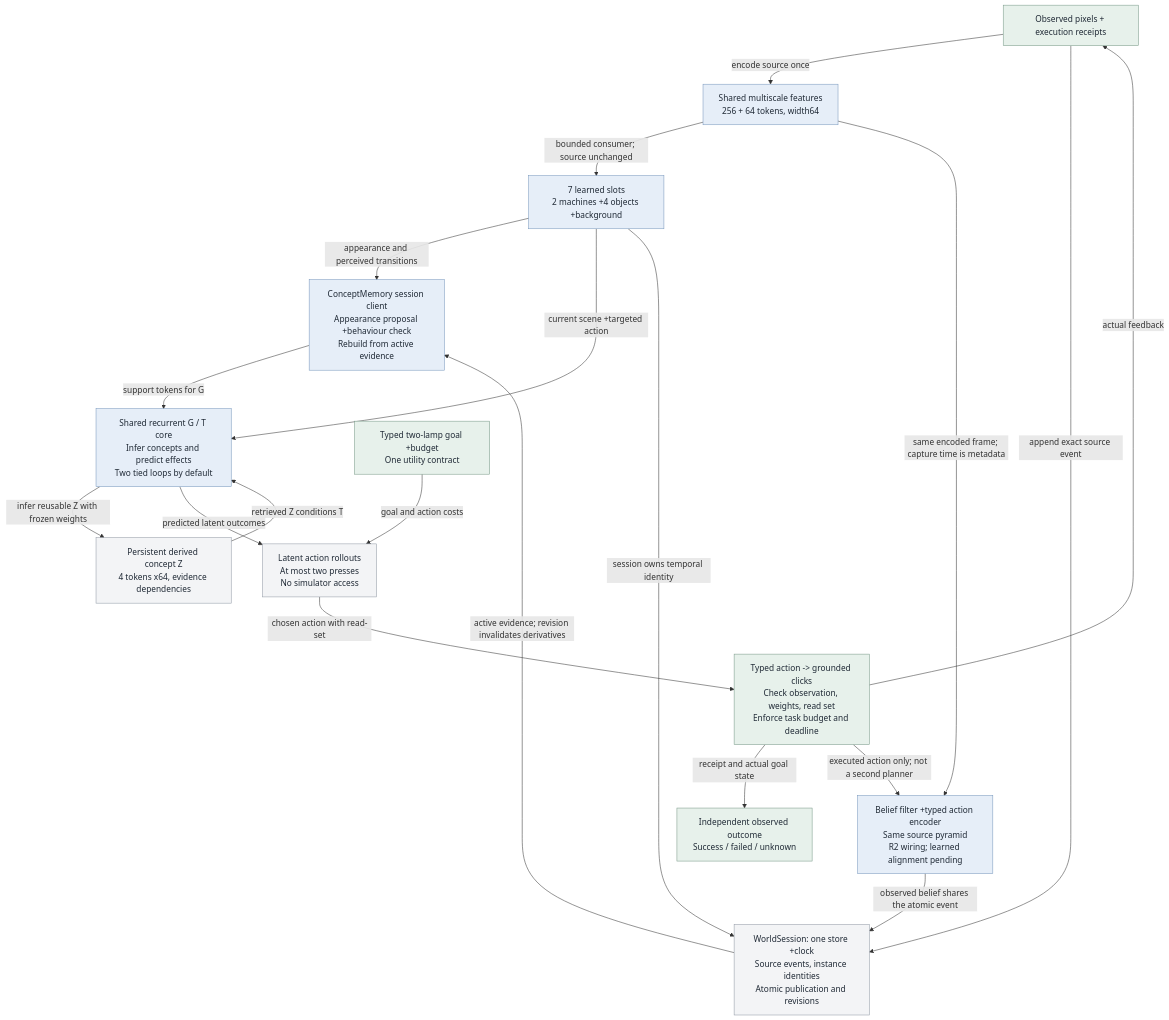
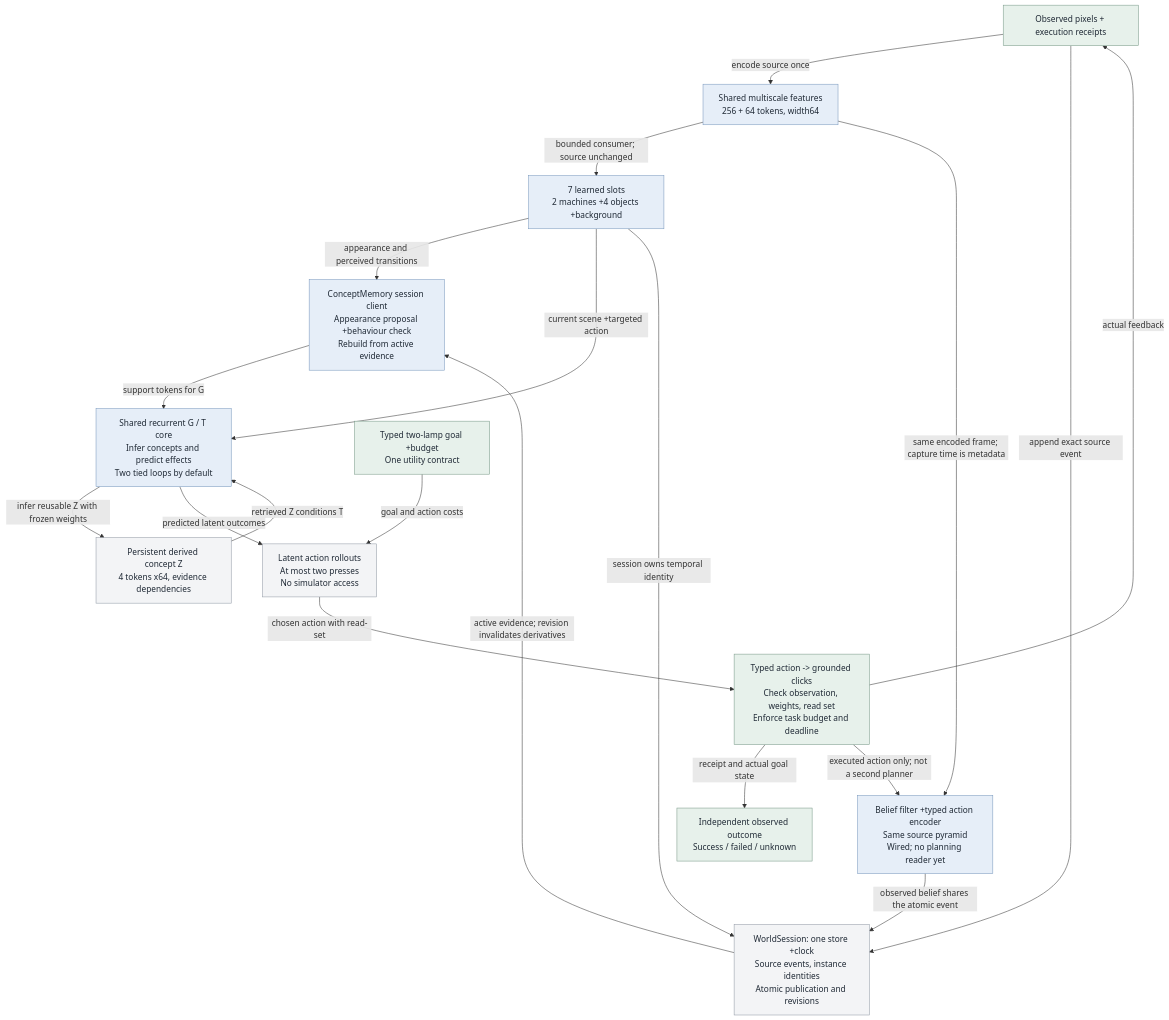
One commit to intrinsicD/path-wm changed diagram 17 of 17 in docs/architecture-atlas.md. Above: the diagram before and after it, drawn with Mermaid. The commit also changed other lines of this file and 6 other files, not shown here.

Commit message:
Consolidate integrated architecture, validated software, and remaining learning evidence

````diff
--- a/docs/architecture-atlas.md
+++ b/docs/architecture-atlas.md
@@ -1311,51 +1311,51 @@
 ```mermaid
 flowchart TB
     observe["Observed pixels + execution receipts"]
     class observe external;
     pyramid["Shared multiscale features<br/>256 + 64 tokens, width64"]
     class pyramid learned;
     slots["7 learned slots<br/>2 machines +4 objects +background"]
     class slots learned;
     store["WorldSession: one store +clock<br/>Source events, instance identities<br/>Atomic publication and revisions"]
     class store store;
     memory["ConceptMemory session client<br/>Appearance proposal +behaviour check<br/>Rebuild from active evidence"]
     class memory learned;
     code["Persistent derived concept Z<br/>4 tokens x64, evidence dependencies"]
     class code store;
     core["Shared recurrent G / T core<br/>Infer concepts and predict effects<br/>Two tied loops by default"]
     class core learned;
     goal["Typed two-lamp goal +budget<br/>One utility contract"]
     class goal external;
     plan["Latent action rollouts<br/>At most two presses<br/>No simulator access"]
     class plan store;
     execute["Typed action -&gt; grounded clicks<br/>Check observation, weights, read set<br/>Enforce task budget and deadline"]
     class execute external;
     verify["Independent observed outcome<br/>Success / failed / unknown"]
     class verify external;
-    other["Belief filter +typed action encoder<br/>Same source pyramid<br/>R2 wiring; learned alignment pending"]
+    other["Belief filter +typed action encoder<br/>Same source pyramid<br/>Wired; no planning reader yet"]
     class other learned;
     observe -->|"encode source once"| pyramid
     pyramid -->|"bounded consumer; source unchanged"| slots
     observe -->|"append exact source event"| store
     slots -->|"appearance and perceived transitions"| memory
     store -->|"active evidence; revision invalidates derivatives"| memory
     memory -->|"support tokens for G"| core
     core -->|"infer reusable Z with frozen weights"| code
     code -->|"retrieved Z conditions T"| core
     slots -->|"current scene +targeted action"| core
     goal -->|"goal and action costs"| plan
     core -->|"predicted latent outcomes"| plan
     plan -->|"chosen action with read-set"| execute
     execute -->|"actual feedback"| observe
     execute -->|"receipt and actual goal state"| verify
     pyramid -->|"same encoded frame; capture time is metadata"| other
     slots -->|"session owns temporal identity"| store
     other -->|"observed belief shares the atomic event"| store
     execute -->|"executed action only; not a second planner"| other
     classDef learned fill:#e6eef8,stroke:#7696bc,color:#202a36;
     classDef store fill:#f3f4f6,stroke:#9098a4,color:#202a36;
     classDef external fill:#e7f1eb,stroke:#789887,color:#202a36;
     classDef optional fill:#efeafa,stroke:#9c87b5,color:#202a36;
     classDef training fill:#fff0db,stroke:#bd934d,color:#202a36;
     classDef proposal fill:#fafafa,stroke:#9b9b9b,color:#202a36,stroke-dasharray:5 4;
 ```
````
